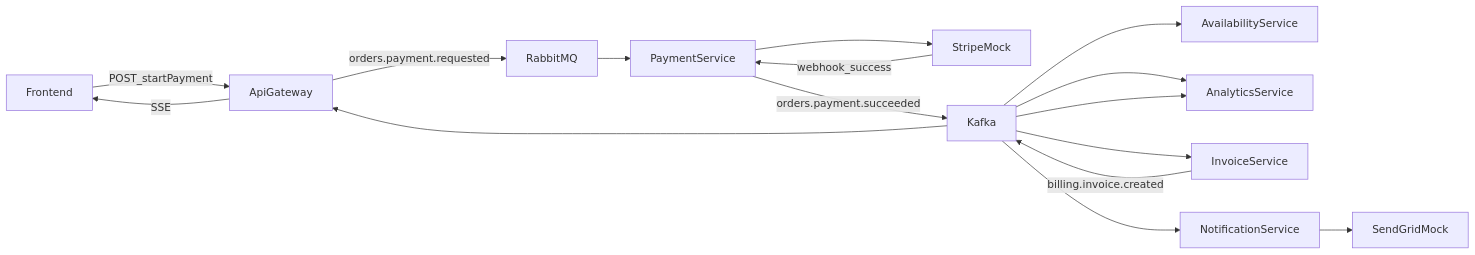
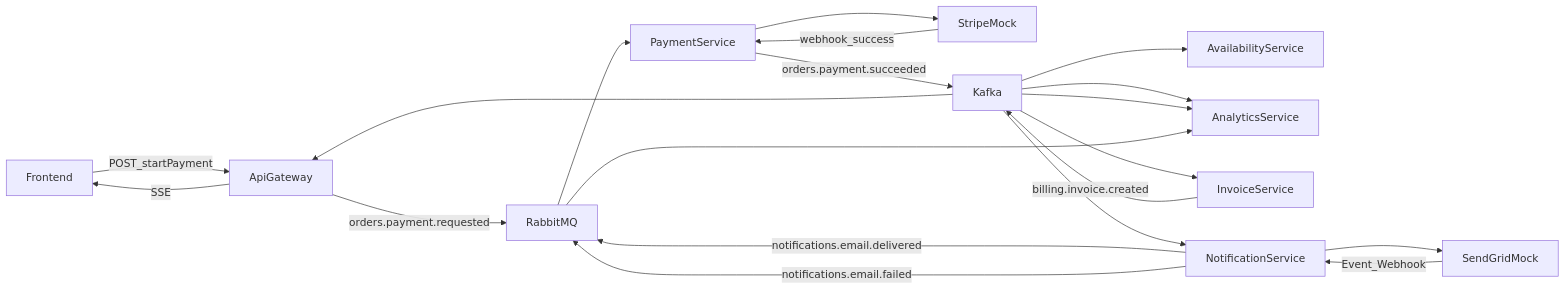
One commit to carloswimmer/event-driven-architecture changed the diagram in .cursor/tutorial.md. Above: the diagram before and after it, drawn with Mermaid. The commit also changed other lines of this file, not shown here.

First line of the commit message:
Document SendGrid webhook and email notification flow.

````diff
--- a/.cursor/tutorial.md
+++ b/.cursor/tutorial.md
@@ -52,18 +52,22 @@
 ```mermaid
 flowchart LR
   Frontend -->|POST_startPayment| ApiGateway
   ApiGateway -->|SSE| Frontend
   ApiGateway -->|orders.payment.requested| RabbitMQ
   RabbitMQ --> PaymentService
   PaymentService --> StripeMock
   StripeMock -->|webhook_success| PaymentService
   PaymentService -->|orders.payment.succeeded| Kafka
   Kafka --> ApiGateway
   Kafka --> AvailabilityService
   Kafka --> AnalyticsService
   Kafka --> InvoiceService
   InvoiceService -->|billing.invoice.created| Kafka
   Kafka --> AnalyticsService
   Kafka --> NotificationService
   NotificationService --> SendGridMock
+  SendGridMock -->|Event_Webhook| NotificationService
+  NotificationService -->|notifications.email.delivered| RabbitMQ
+  NotificationService -->|notifications.email.failed| RabbitMQ
+  RabbitMQ --> AnalyticsService
 ```
````
